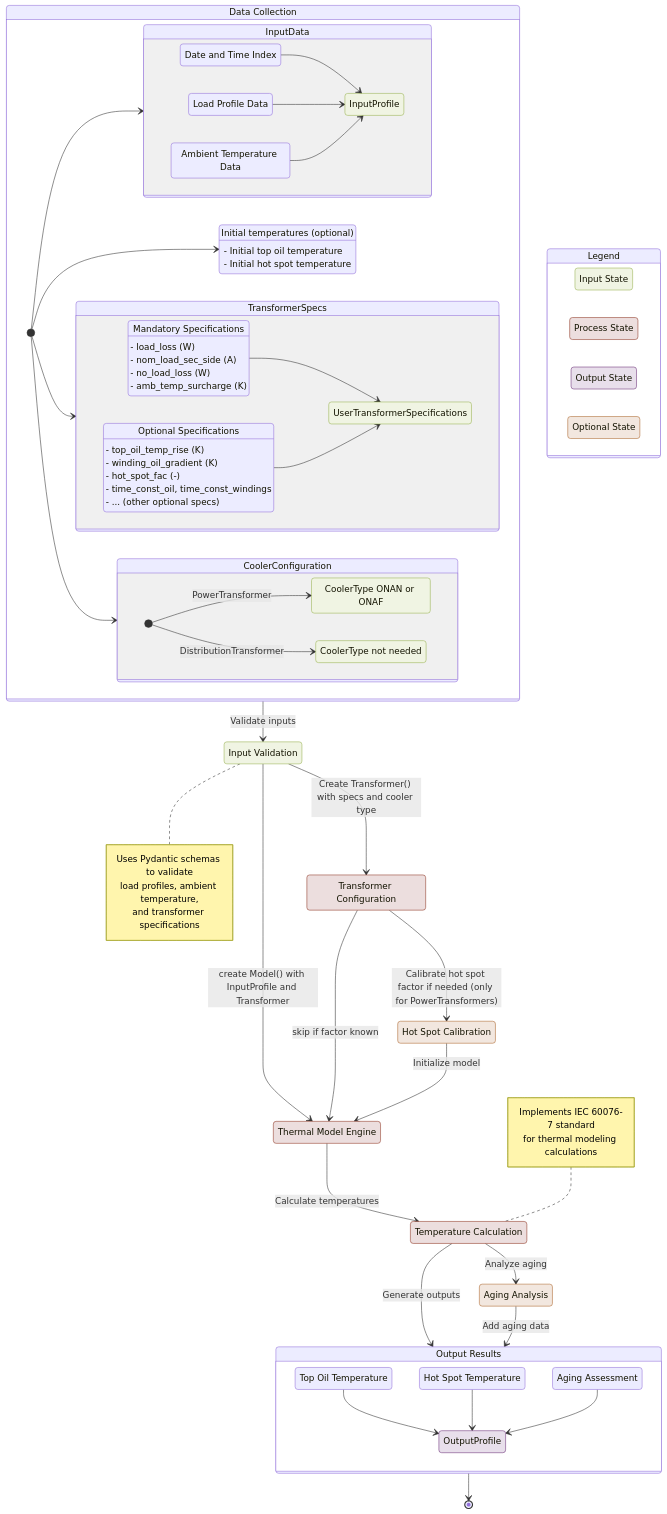
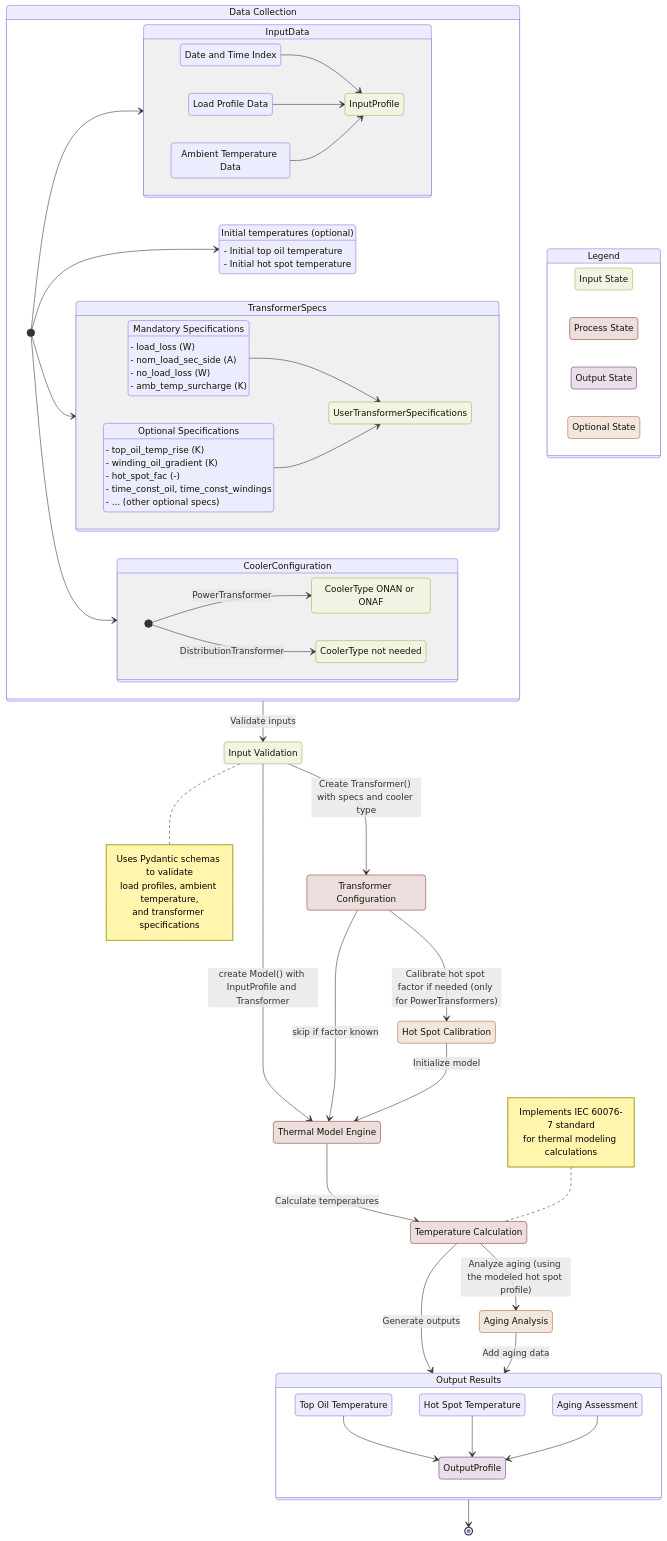
The diagram in docs/api_reference/architecture.md (alliander-opensource/transformer-thermal-model), drawn with Mermaid before and after one commit.

Commit message:
docs: split aging results from OutputProfile in architecture diagram.

```diff
--- a/docs/api_reference/architecture.md
+++ b/docs/api_reference/architecture.md
@@ -108,7 +108,7 @@
     TransformerConfig --> ThermalModel: skip if factor known
     HotSpotCalib --> ThermalModel: Initialize model
     ThermalModel --> TempCalculation: Calculate temperatures
-    TempCalculation --> AgingAnalysis: Analyze aging
+    TempCalculation --> AgingAnalysis: Analyze aging (using the modeled hot spot profile)
     TempCalculation --> Results: Generate outputs
     AgingAnalysis --> Results: Add aging data
     Results --> [*]
```
